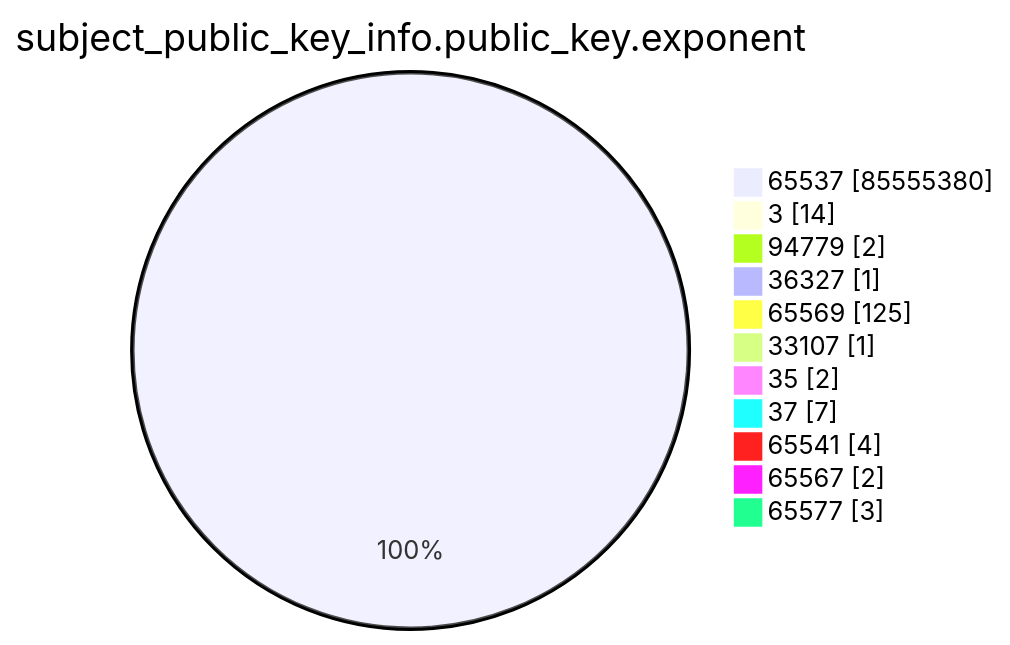
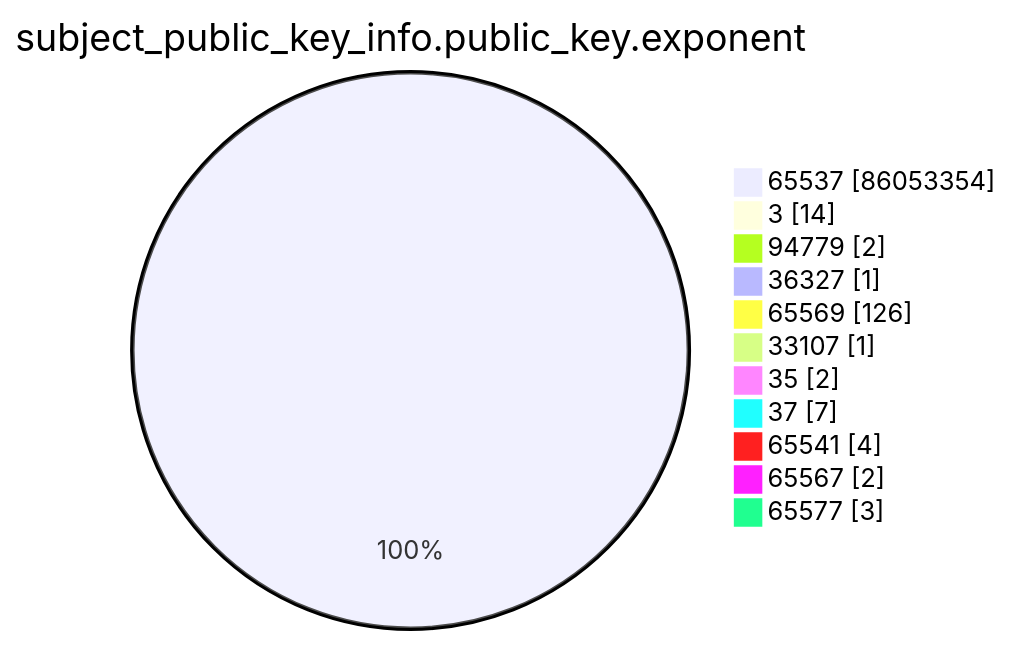
The fourth of 15 diagrams in xenon2023/README.md (christiankrug/ctmonitor_visualization), drawn with Mermaid before and after one commit. The commit also changed other lines of this file, not shown here.

````diff
--- a/xenon2023/README.md
+++ b/xenon2023/README.md
@@ -1241,15 +1241,15 @@
 ```mermaid
 pie showData
 title subject_public_key_info.public_key.exponent
-"65537" :85555380
+"65537" :86053354
 "3" :14
 "94779" :2
 "36327" :1
-"65569" :125
+"65569" :126
 "33107" :1
 "35" :2
 "37" :7
 "65541" :4
 "65567" :2
 "65577" :3
 ```
````
